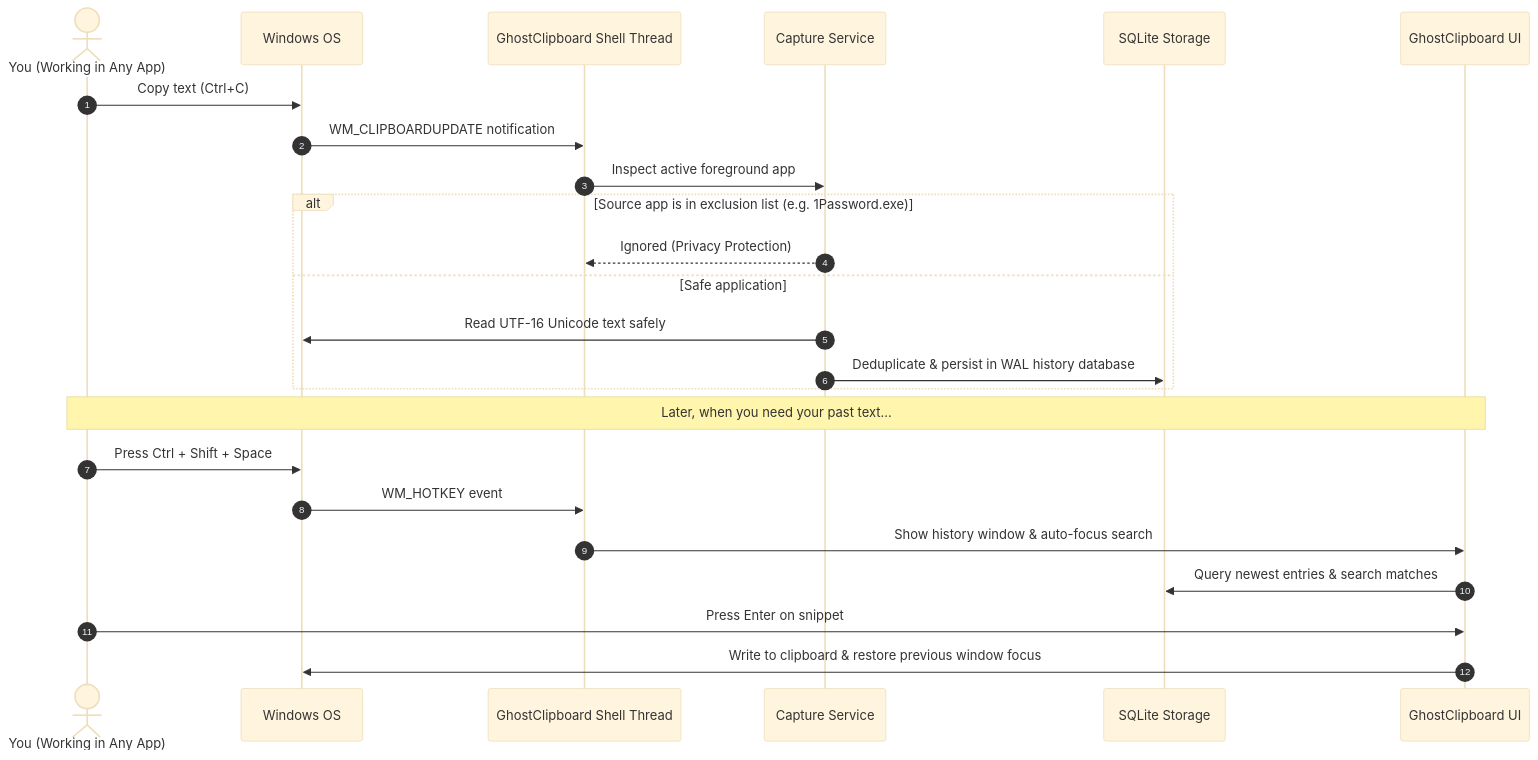
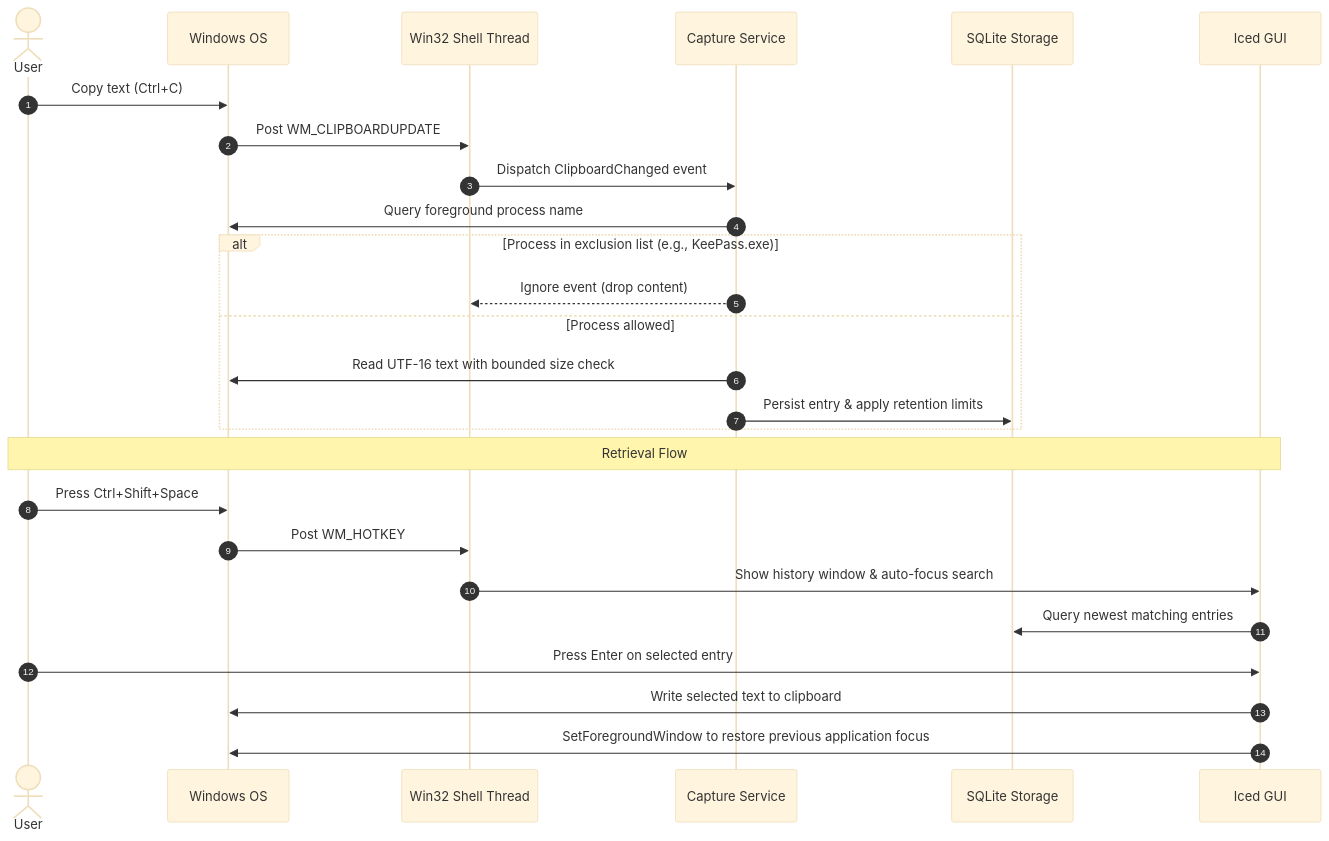
One commit to trouvaiilx/ghost-clipboard changed the second of 3 diagrams in README.md. Above: the diagram before and after it, drawn with Mermaid (base theme). The commit also changed other lines of this file, not shown here.

````diff
--- a/README.md
+++ b/README.md
@@ -48,28 +40,30 @@
 ```mermaid
 sequenceDiagram
     autonumber
-    actor User as You (Working in Any App)
+    actor User as User
     participant Win as Windows OS
-    participant Shell as GhostClipboard Shell Thread
-    participant Cap as Capture Service
+    participant Shell as Win32 Shell Thread
+    participant Core as Capture Service
     participant DB as SQLite Storage
-    participant UI as GhostClipboard UI
+    participant UI as Iced GUI
 
     User->>Win: Copy text (Ctrl+C)
-    Win->>Shell: WM_CLIPBOARDUPDATE notification
-    Shell->>Cap: Inspect active foreground app
-    alt Source app is in exclusion list (e.g. 1Password.exe)
-        Cap-->>Shell: Ignored (Privacy Protection)
-    else Safe application
-        Cap->>Win: Read UTF-16 Unicode text safely
-        Cap->>DB: Deduplicate & persist in WAL history database
+    Win->>Shell: Post WM_CLIPBOARDUPDATE
+    Shell->>Core: Dispatch ClipboardChanged event
+    Core->>Win: Query foreground process name
+    alt Process in exclusion list (e.g., KeePass.exe)
+        Core-->>Shell: Ignore event (drop content)
+    else Process allowed
+        Core->>Win: Read UTF-16 text with bounded size check
+        Core->>DB: Persist entry & apply retention limits
     end
 
-    Note over User,UI: Later, when you need your past text...
-    User->>Win: Press Ctrl + Shift + Space
-    Win->>Shell: WM_HOTKEY event
+    Note over User,UI: Retrieval Flow
+    User->>Win: Press Ctrl+Shift+Space
+    Win->>Shell: Post WM_HOTKEY
     Shell->>UI: Show history window & auto-focus search
-    UI->>DB: Query newest entries & search matches
-    User->>UI: Press Enter on snippet
-    UI->>Win: Write to clipboard & restore previous window focus
+    UI->>DB: Query newest matching entries
+    User->>UI: Press Enter on selected entry
+    UI->>Win: Write selected text to clipboard
+    UI->>Win: SetForegroundWindow to restore previous application focus
 ```
````
